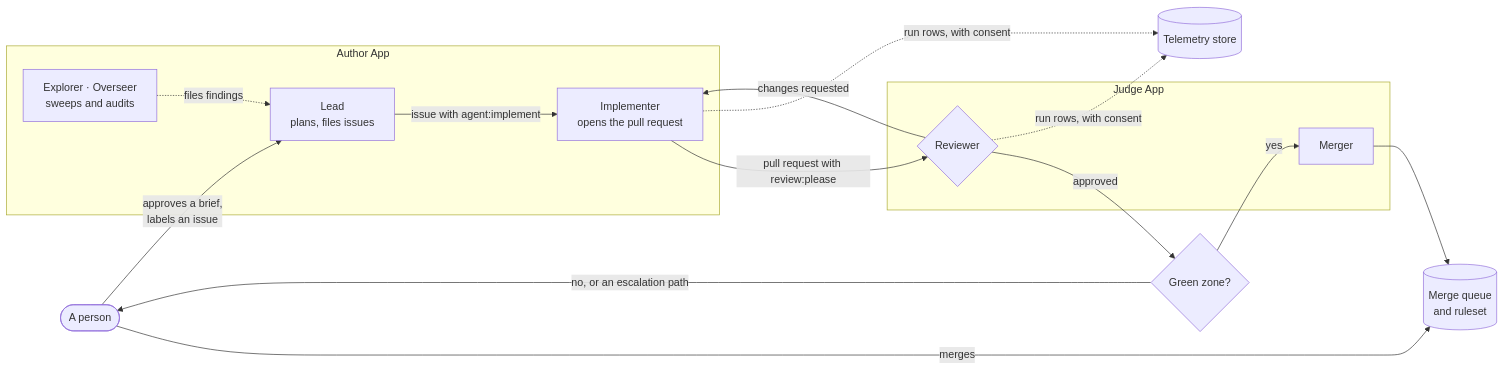
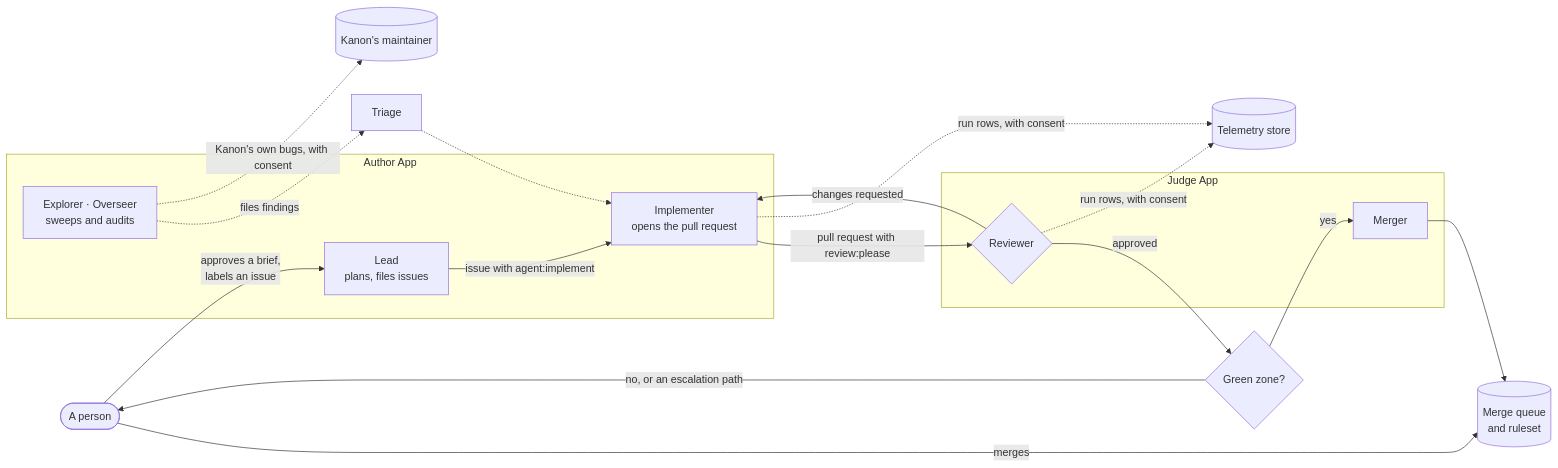
Before and after one commit to yedeya-labs/kanon: the diagram in docs/architecture.md, drawn with Mermaid. The commit also changed other lines of this file and 2 other files, not shown here.

First line of the commit message:
docs: name the upstream findings on the architecture page, and fold in the review's accuracy points

````diff
--- a/docs/architecture.md
+++ b/docs/architecture.md
@@ -5,23 +5,24 @@
 ```mermaid
 flowchart LR
     P(["A person"]) -- "approves a brief,<br/>labels an issue" --> L
     subgraph Author["Author App"]
         L["Lead<br/>plans, files issues"]
         I["Implementer<br/>opens the pull request"]
         E["Explorer · Overseer<br/>sweeps and audits"]
     end
     subgraph Judge["Judge App"]
         R{"Reviewer"}
         M["Merger"]
     end
     L -- "issue with agent:implement" --> I
     I -- "pull request with review:please" --> R
     R -- "changes requested" --> I
     R -- "approved" --> G{"Green zone?"}
     G -- "yes" --> M
     G -- "no, or an escalation path" --> P
     M --> Q[("Merge queue<br/>and ruleset")]
     P -- "merges" --> Q
-    E -. "files findings" .-> L
+    E -. "files findings" .-> TR["Triage"] -.-> I
     I & R -. "run rows, with consent" .-> T[("Telemetry store")]
+    E -. "Kanon's own bugs, with consent" .-> K[("Kanon's maintainer")]
 ```
````
